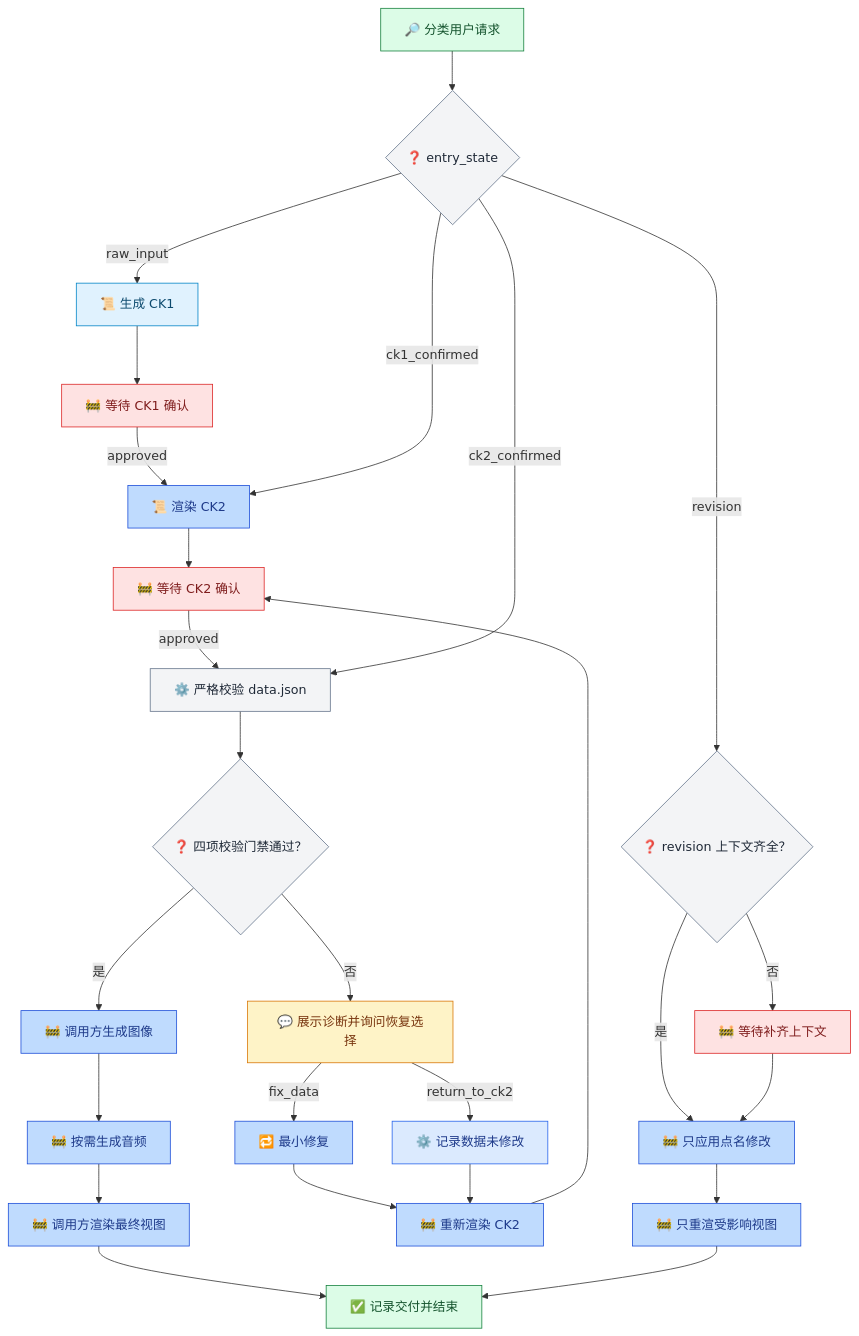
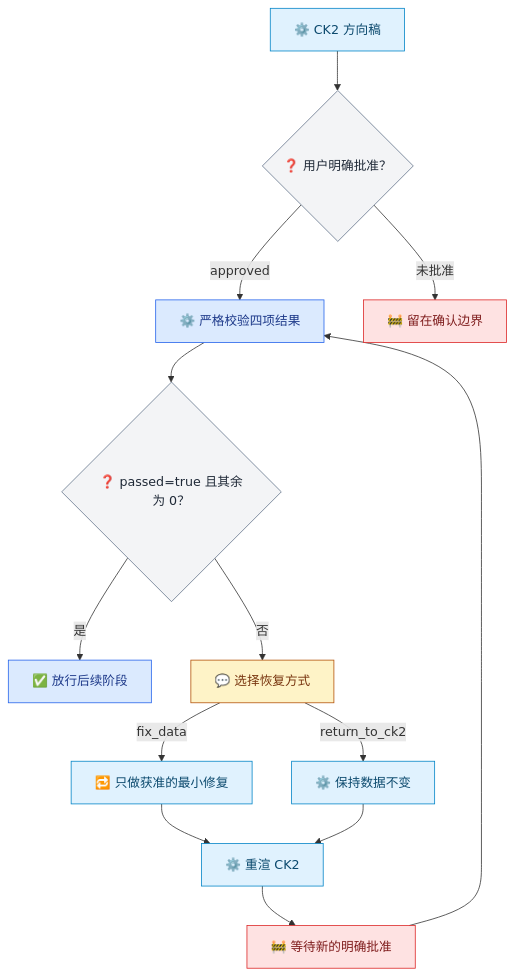
One commit to waynebaby/Techne-Loom changed the third of 3 diagrams in docs/zh-cn/articles/skill-unchanged-rules-gated.md. Above: the diagram before and after it, drawn with Mermaid. The commit also changed other lines of this file and 6 other files, not shown here.

````diff
--- a/docs/zh-cn/articles/skill-unchanged-rules-gated.md
+++ b/docs/zh-cn/articles/skill-unchanged-rules-gated.md
@@ -175,46 +118,26 @@
 ```mermaid
 flowchart TD
-    A["🔎 分类用户请求"] --> B{"❓ entry_state"}
-    B -->|raw_input| C["📜 生成 CK1"]
-    C --> W1["🚧 等待 CK1 确认"]
-    W1 -->|approved| D["📜 渲染 CK2"]
-    B -->|ck1_confirmed| D
-    D --> W2["🚧 等待 CK2 确认"]
-    W2 -->|approved| V["⚙️ 严格校验 data.json"]
-    B -->|ck2_confirmed| V
-    V --> E{"❓ 四项校验门禁通过？"}
-    E -->|是| I["🚧 调用方生成图像"]
-    I --> AU["🚧 按需生成音频"]
-    AU --> F["🚧 调用方渲染最终视图"]
-    F --> DONE["✅ 记录交付并结束"]
-    E -->|否| Q["💬 展示诊断并询问恢复选择"]
-    Q -->|fix_data| FIX["🔁 最小修复"]
-    Q -->|return_to_ck2| UNCHANGED["⚙️ 记录数据未修改"]
-    FIX --> RENDER["🚧 重新渲染 CK2"]
-    UNCHANGED --> RENDER
-    RENDER --> W2
-    B -->|revision| REV{"❓ revision 上下文齐全？"}
-    REV -->|是| APPLY["🚧 只应用点名修改"]
-    REV -->|否| WAIT["🚧 等待补齐上下文"]
-    WAIT --> APPLY
-    APPLY --> VIEW["🚧 只重渲受影响视图"]
-    VIEW --> DONE
-
-    classDef userChoice fill:#FEF3C7,stroke:#D97706,color:#78350F
+    A["⚙️ CK2 方向稿"] --> B{"❓ 用户明确批准？"}
+    B -->|approved| C["⚙️ 严格校验四项结果"]
+    B -->|未批准| W["🚧 留在确认边界"]
+    C --> D{"❓ passed=true 且其余为 0？"}
+    D -->|是| E["✅ 放行后续阶段"]
+    D -->|否| F["💬 选择恢复方式"]
+    F -->|fix_data| G["🔁 只做获准的最小修复"]
+    F -->|return_to_ck2| H["⚙️ 保持数据不变"]
+    G --> I["⚙️ 重渲 CK2"]
+    H --> I
+    I --> J["🚧 等待新的明确批准"]
+    J --> C
+    classDef user fill:#FEF3C7,stroke:#B45309,color:#78350F
     classDef contract fill:#E0F2FE,stroke:#0284C7,color:#0C4A6E
-    classDef model fill:#DCFCE7,stroke:#15803D,color:#14532D
+    classDef runtime fill:#DBEAFE,stroke:#2563EB,color:#1E3A8A
+    classDef blocked fill:#FEE2E2,stroke:#DC2626,color:#7F1D1D
     classDef decision fill:#F3F4F6,stroke:#64748B,color:#1F2937
-    classDef runtime fill:#DBEAFE,stroke:#2563EB,color:#1E3A8A
-    classDef tool fill:#BFDBFE,stroke:#1D4ED8,color:#1E3A8A
-    classDef blocked fill:#FEE2E2,stroke:#DC2626,color:#7F1D1D
-    classDef completed fill:#DCFCE7,stroke:#15803D,color:#14532D
-    class A model
-    class B,E,REV decision
-    class C contract
-    class D,I,AU,F,FIX,RENDER,APPLY,VIEW tool
-    class W1,W2,WAIT blocked
-    class V decision
-    class Q userChoice
-    class UNCHANGED runtime
-    class DONE completed
+    classDef done fill:#DCFCE7,stroke:#15803D,color:#14532D
+    class A,G,H,I contract
+    class B,D decision
+    class C,E runtime
+    class F user
+    class W,J blocked
 ```
````
